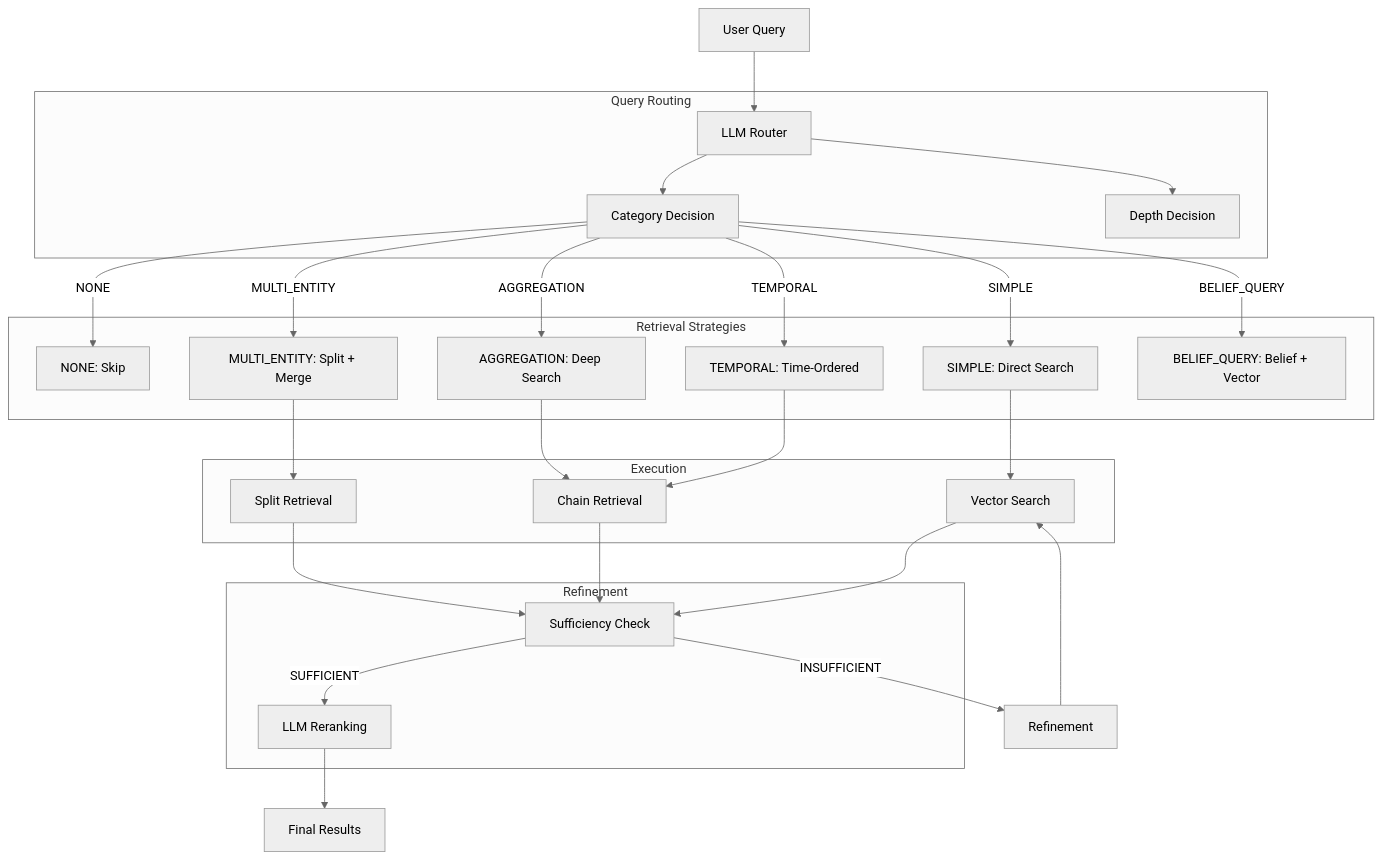
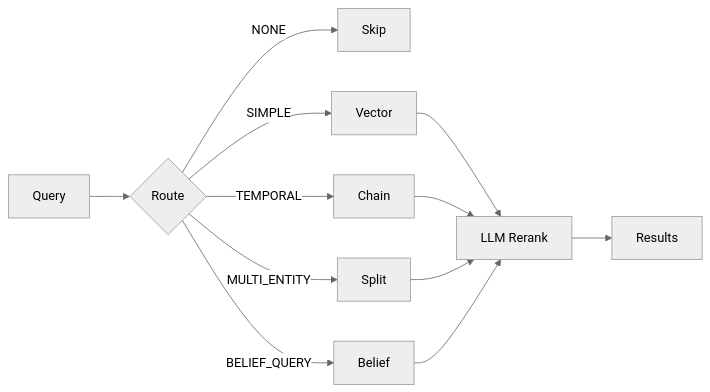
Before and after one commit to Okm165/Sonality: the diagram in docs/architecture/retrieval-pipeline.md, drawn with Mermaid (neutral theme). The commit also changed other lines of this file and 2 other files, not shown here.

First line of the commit message:
docs(architecture): Consolidate memory and retrieval documentation

````diff
--- a/docs/architecture/retrieval-pipeline.md
+++ b/docs/architecture/retrieval-pipeline.md
@@ -7,51 +5,11 @@
 ```mermaid
-flowchart TD
-    Query[User Query]
-    
-    subgraph routing["Query Routing"]
-        Router[LLM Router]
-        Category[Category Decision]
-        Depth[Depth Decision]
-    end
-    
-    subgraph strategies["Retrieval Strategies"]
-        None[NONE: Skip]
-        Simple[SIMPLE: Direct Search]
-        Temporal[TEMPORAL: Time-Ordered]
-        Multi[MULTI_ENTITY: Split + Merge]
-        Agg[AGGREGATION: Deep Search]
-        Belief[BELIEF_QUERY: Belief + Vector]
-    end
-    
-    subgraph execution["Execution"]
-        Chain[Chain Retrieval]
-        Split[Split Retrieval]
-        Vector[Vector Search]
-    end
-    
-    subgraph refinement["Refinement"]
-        Sufficiency[Sufficiency Check]
-        Rerank[LLM Reranking]
-    end
-    
-    Query --> Router
-    Router --> Category
-    Router --> Depth
-    
-    Category -->|NONE| None
-    Category -->|SIMPLE| Simple --> Vector
-    Category -->|TEMPORAL| Temporal --> Chain
-    Category -->|MULTI_ENTITY| Multi --> Split
-    Category -->|AGGREGATION| Agg --> Chain
-    Category -->|BELIEF_QUERY| Belief
-    
-    Vector --> Sufficiency
-    Chain --> Sufficiency
-    Split --> Sufficiency
-    
-    Sufficiency -->|INSUFFICIENT| Refinement
-    Refinement --> Vector
-    
-    Sufficiency -->|SUFFICIENT| Rerank
-    Rerank --> Results[Final Results]
+flowchart LR
+    Query --> Router{Route}
+    Router -->|NONE| Skip
+    Router -->|SIMPLE| Vector
+    Router -->|TEMPORAL| Chain
+    Router -->|MULTI_ENTITY| Split
+    Router -->|BELIEF_QUERY| Belief
+    Vector & Chain & Split & Belief --> Rerank[LLM Rerank]
+    Rerank --> Results
 ```
````
